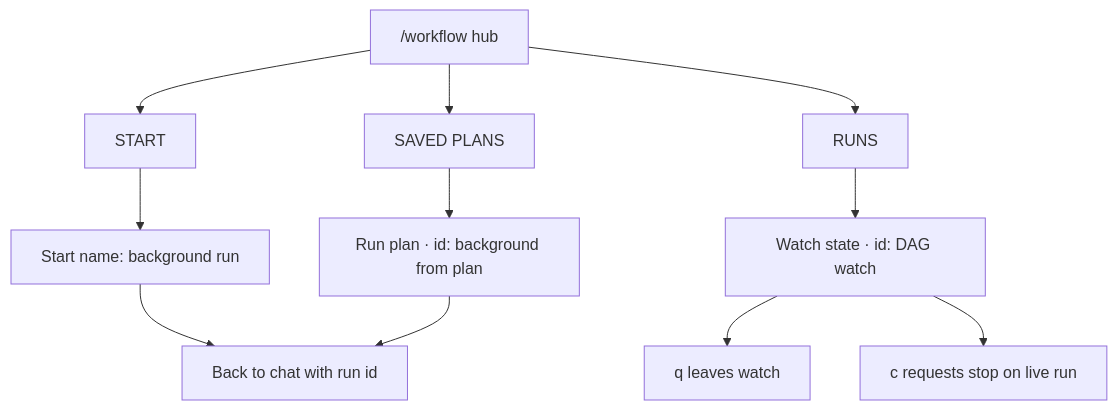
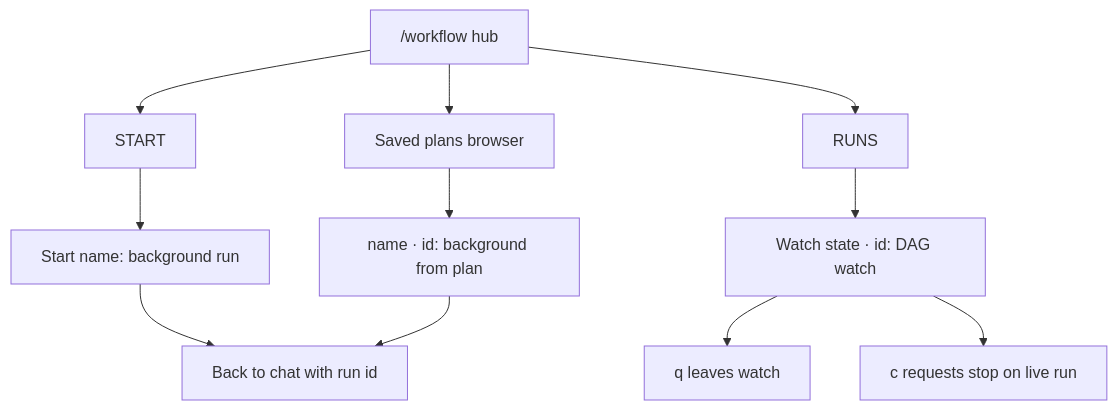
The third of 3 diagrams in docs/workflows.md (matthewyjiang/rho), drawn with Mermaid before and after one commit. The commit also changed other lines of this file and 37 other files, not shown here.

````diff
--- a/docs/workflows.md
+++ b/docs/workflows.md
@@ -69,13 +71,13 @@
 ```mermaid
 flowchart TD
     hub["/workflow hub"] --> startSec[START]
     hub --> runsSec[RUNS]
-    hub --> plansSec[SAVED PLANS]
+    hub --> plansSec[Saved plans browser]
     startSec --> startRun["Start name: background run"]
     runsSec --> watch["Watch state · id: DAG watch"]
-    plansSec --> runPlan["Run plan · id: background from plan"]
+    plansSec --> runPlan["name · id: background from plan"]
     startRun --> chat[Back to chat with run id]
     runPlan --> chat
     watch --> leave["q leaves watch"]
     watch --> stop["c requests stop on live run"]
 ```
````
